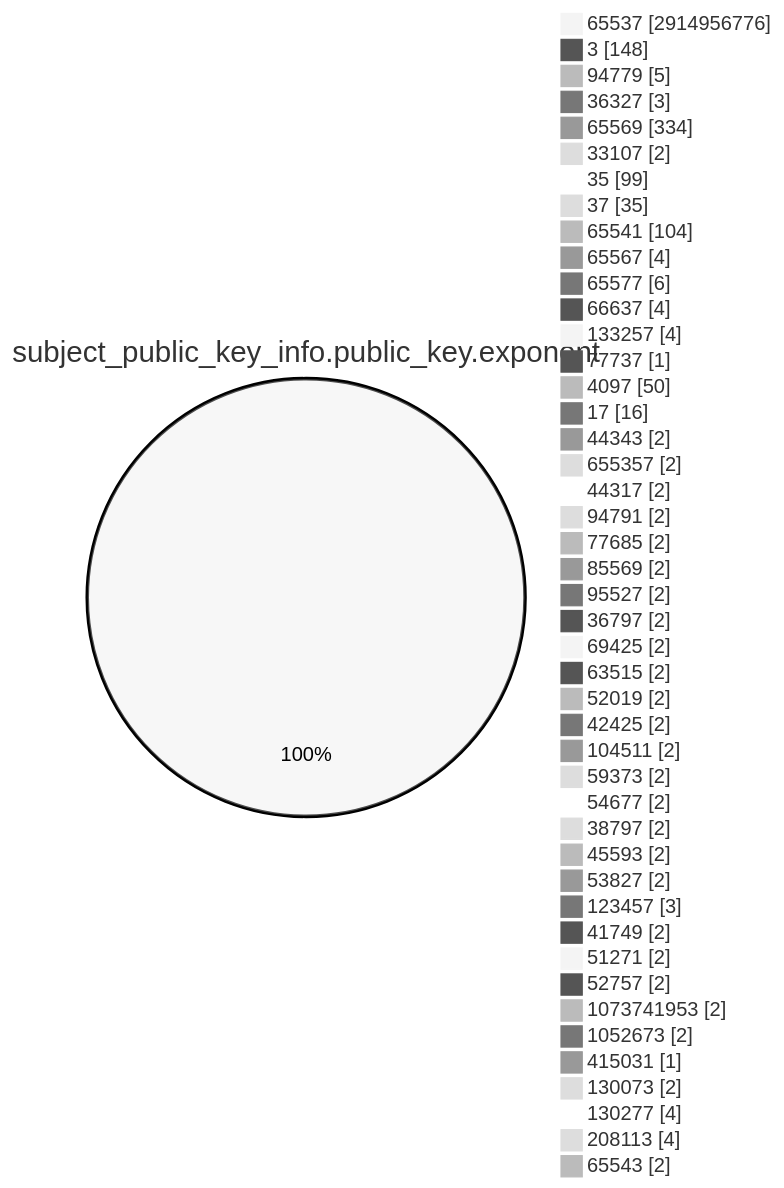
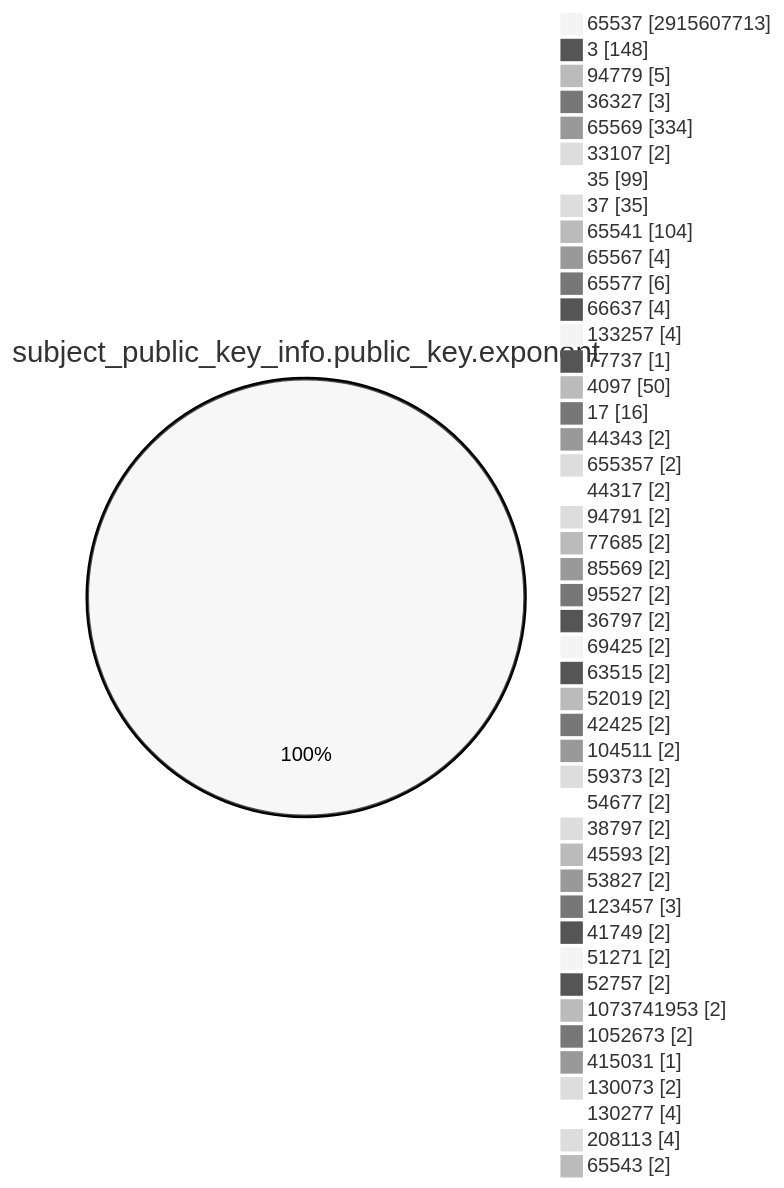
The fourth of 15 diagrams in TOTAL/README.md (christiankrug/ctmonitor_visualization), drawn with Mermaid (neutral theme) before and after one commit. The commit also changed other lines of this file, not shown here.

````diff
--- a/TOTAL/README.md
+++ b/TOTAL/README.md
@@ -1469,49 +1469,49 @@
 ```mermaid
 pie showData
 title subject_public_key_info.public_key.exponent
-"65537" :2914956776
+"65537" :2915607713
 "3" :148
 "94779" :5
 "36327" :3
 "65569" :334
 "33107" :2
 "35" :99
 "37" :35
 "65541" :104
 "65567" :4
 "65577" :6
 "66637" :4
 "133257" :4
 "77737" :1
 "4097" :50
 "17" :16
 "44343" :2
 "655357" :2
 "44317" :2
 "94791" :2
 "77685" :2
 "85569" :2
 "95527" :2
 "36797" :2
 "69425" :2
 "63515" :2
 "52019" :2
 "42425" :2
 "104511" :2
 "59373" :2
 "54677" :2
 "38797" :2
 "45593" :2
 "53827" :2
 "123457" :3
 "41749" :2
 "51271" :2
 "52757" :2
 "1073741953" :2
 "1052673" :2
 "415031" :1
 "130073" :2
 "130277" :4
 "208113" :4
 "65543" :2
 ```
````
